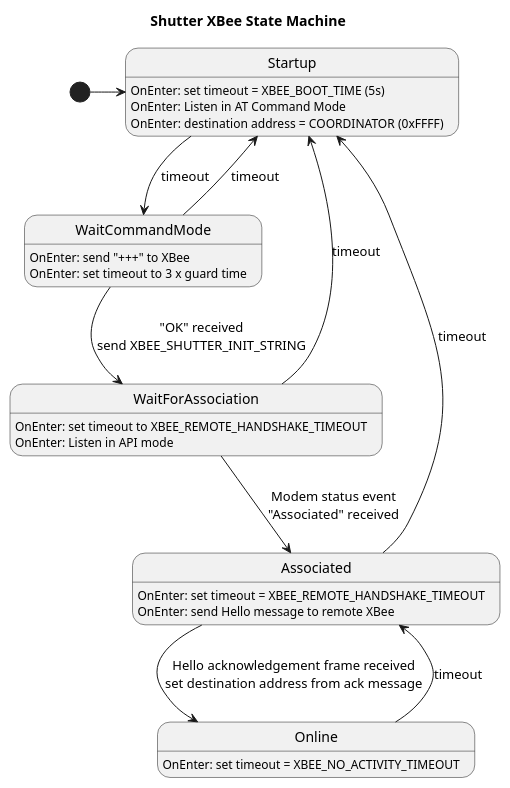
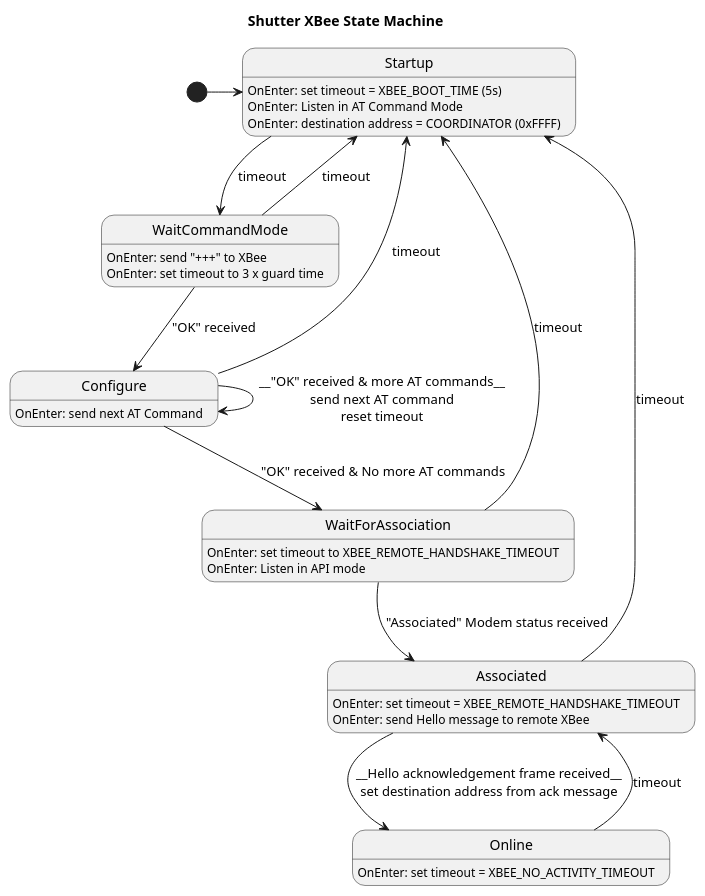
Before and after one commit to nexdome/Firmware: the diagram in Markdown/ShutterXBeeStatemachine.md, drawn with PlantUML. The commit also changed 43 other files, not shown here.

````diff
--- a/Markdown/ShutterXBeeStatemachine.md
+++ b/Markdown/ShutterXBeeStatemachine.md
@@ -1,32 +1,37 @@
 ``` puml
 @startuml
 hide empty description
 title Shutter XBee State Machine
 
 [*] -> Startup
 
 Startup: OnEnter: set timeout = XBEE_BOOT_TIME (5s)
 Startup: OnEnter: Listen in AT Command Mode
 Startup: OnEnter: destination address = COORDINATOR (0xFFFF)
 Startup --> WaitCommandMode: timeout
 
 WaitCommandMode: OnEnter: send "+++" to XBee
 WaitCommandMode: OnEnter: set timeout to 3 x guard time
-WaitCommandMode --> WaitForAssociation: "OK" received\nsend XBEE_SHUTTER_INIT_STRING
+WaitCommandMode --> Configure: "OK" received
 WaitCommandMode --> Startup: timeout
+
+Configure: OnEnter: send next AT Command
+Configure --> Startup: timeout
+Configure --> Configure: __"OK" received & more AT commands__\nsend next AT command\nreset timeout
+Configure --> WaitForAssociation: "OK" received & No more AT commands
 
 WaitForAssociation: OnEnter: set timeout to XBEE_REMOTE_HANDSHAKE_TIMEOUT
 WaitForAssociation: OnEnter: Listen in API mode
-WaitForAssociation --> Associated: Modem status event\n"Associated" received
+WaitForAssociation --> Associated: "Associated" Modem status received
 WaitForAssociation --> Startup: timeout
 
 Associated: OnEnter: set timeout = XBEE_REMOTE_HANDSHAKE_TIMEOUT
 Associated: OnEnter: send Hello message to remote XBee
 Associated --> Startup: timeout
-Associated --> Online: Hello acknowledgement frame received\nset destination address from ack message
+Associated --> Online: __Hello acknowledgement frame received__\nset destination address from ack message
 
 Online: OnEnter: set timeout = XBEE_NO_ACTIVITY_TIMEOUT
 Online --> Associated: timeout
 
 @enduml
 ```
````
